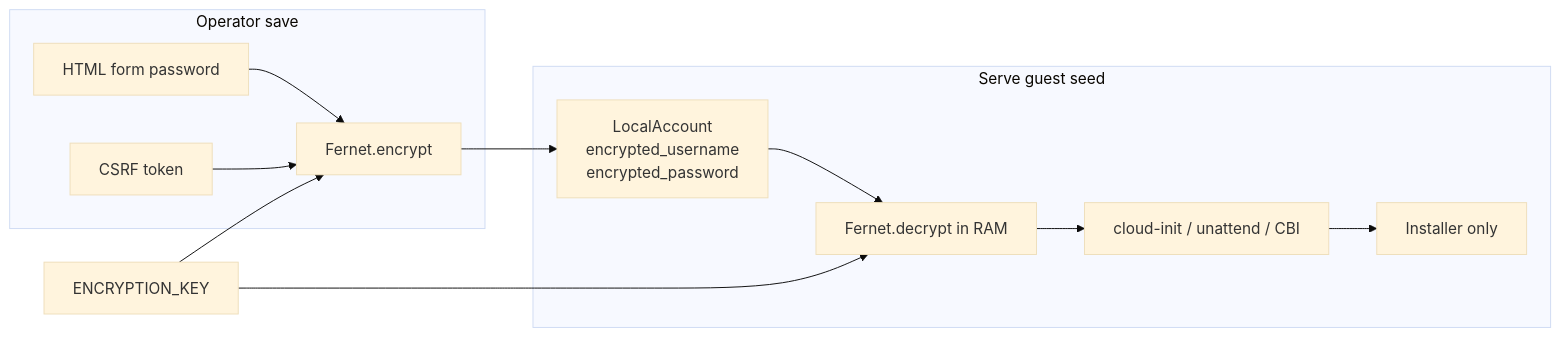
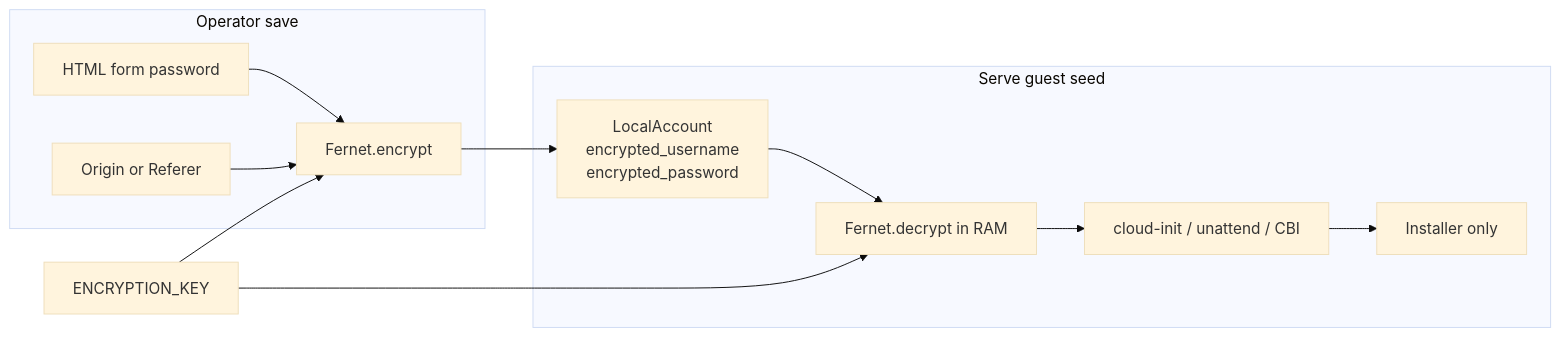
Diagram 19 of 24 in ARCHITECTURE.md (hometinker12/home-lab-pxe), drawn with Mermaid (base theme) before and after one commit. The commit also changed other lines of this file and 50 other files, not shown here.

````diff
--- a/ARCHITECTURE.md
+++ b/ARCHITECTURE.md
@@ -445,20 +448,20 @@
 ```mermaid
 flowchart LR
   subgraph write["Operator save"]
     FORM["HTML form password"]
-    CSRF["CSRF token"]
+    CSRF["Origin or Referer"]
     FORM --> ENC["Fernet.encrypt"]
     CSRF --> ENC
   end
 
   EK["ENCRYPTION_KEY"] --> ENC
   ENC --> ROW["LocalAccount<br/>encrypted_username<br/>encrypted_password"]
 
   subgraph read["Serve guest seed"]
     ROW --> DEC["Fernet.decrypt in RAM"]
     DEC --> YAML["cloud-init / unattend / CBI"]
     YAML --> GUEST["Installer only"]
   end
 
   EK --> DEC
 ```
````
